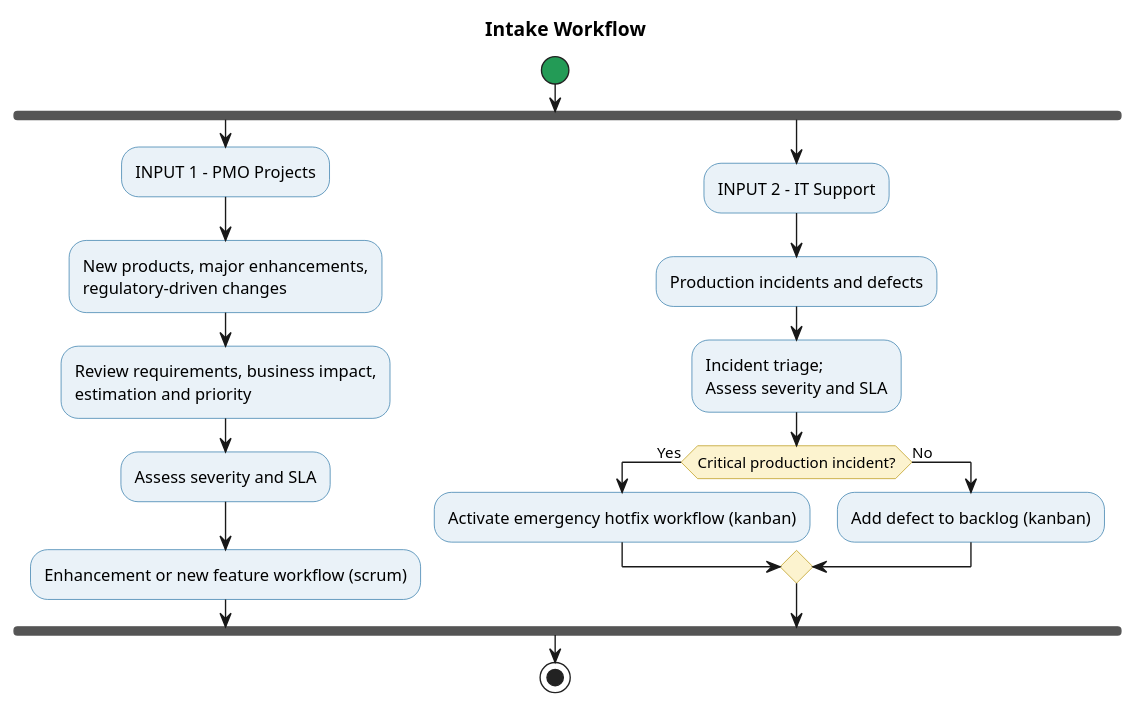
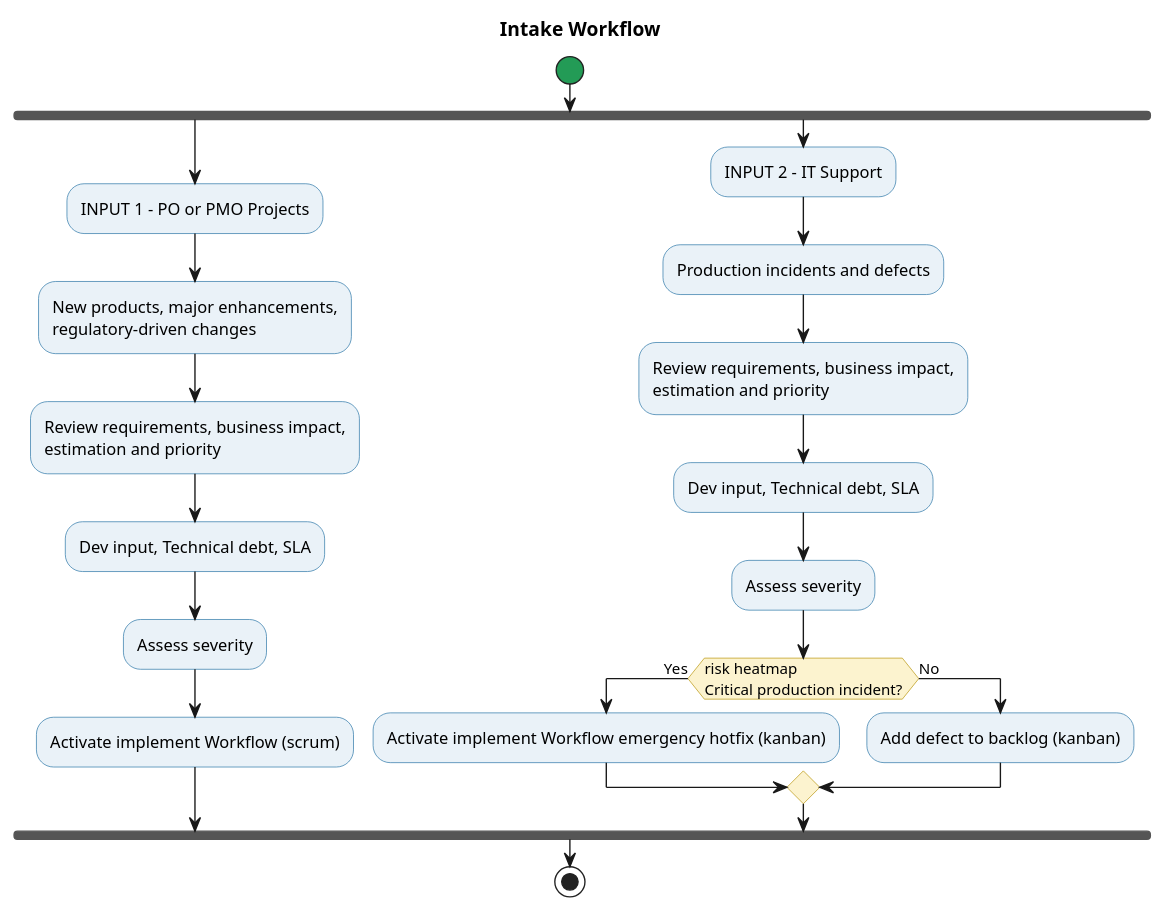
The diagram in docs/intake.puml (sovannotychea/ori-test), drawn with PlantUML before and after one commit. The commit also changed 4 other files, not shown here.

```diff
--- a/docs/intake.puml
+++ b/docs/intake.puml
@@ -1,36 +1,35 @@
 @startuml
 title Intake Workflow
 
 skinparam backgroundColor white
 skinparam shadowing false
 skinparam activity {
   BackgroundColor #EAF2F8
   BorderColor #2874A6
   DiamondBackgroundColor #FCF3CF
   DiamondBorderColor #B7950B
   StartColor #239B56
   EndColor #C0392B
 }
-
 start
-
 fork
-  :INPUT 1 - PMO Projects;
+  :INPUT 1 - PO or PMO Projects;
   :New products, major enhancements,\nregulatory-driven changes;
   :Review requirements, business impact,\nestimation and priority;
-  :Assess severity and SLA;
-  :Enhancement or new feature workflow (scrum);
+  :Dev input, Technical debt, SLA;
+  :Assess severity;
+  :Activate implement Workflow (scrum);
 fork again
   :INPUT 2 - IT Support;
   :Production incidents and defects;
-  :Incident triage;\nAssess severity and SLA;
-  if (Critical production incident?) then (Yes)
-    :Activate emergency hotfix workflow (kanban);
+  :Review requirements, business impact,\nestimation and priority;
+  :Dev input, Technical debt, SLA;
+  :Assess severity;
+  if (risk heatmap\nCritical production incident?) then (Yes)
+    :Activate implement Workflow emergency hotfix (kanban);
   else (No)
     :Add defect to backlog (kanban);
   endif
 end fork
-
 stop
-
 @enduml
```
